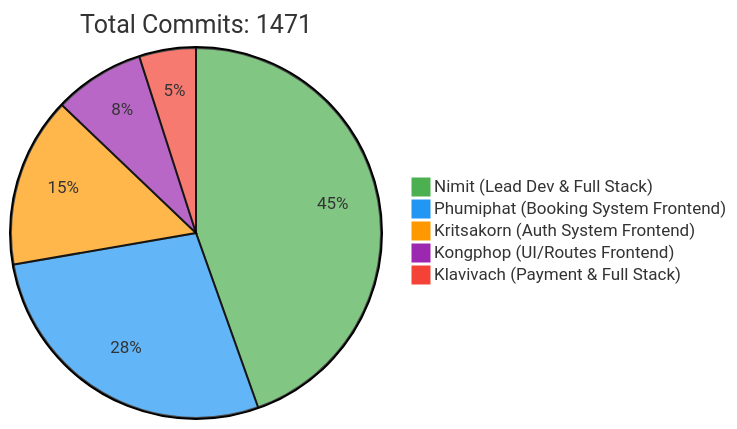
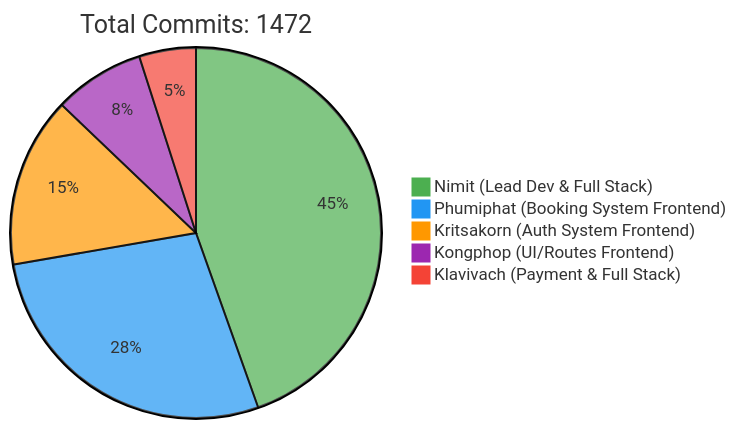
The first of 2 diagrams in README.md (6531503042/Sport-Complex), drawn with Mermaid before and after one commit. The commit also changed other lines of this file, not shown here.

Commit message:
docs: Update contributor statistics [skip ci]

````diff
--- a/README.md
+++ b/README.md
@@ -257,10 +257,10 @@
 ```mermaid
 %%{init: {'theme': 'base', 'themeVariables': { 'pie1': '#4CAF50', 'pie2': '#2196F3', 'pie3': '#FF9800', 'pie4': '#9C27B0', 'pie5': '#F44336'}}}%%
 pie
-    title Total Commits: 1471
+    title Total Commits: 1472
     "Nimit (Lead Dev & Full Stack)" : 450
     "Phumiphat (Booking System Frontend)" : 280
     "Kritsakorn (Auth System Frontend)" : 150
     "Kongphop (UI/Routes Frontend)" : 80
     "Klavivach (Payment & Full Stack)" : 50
 ```
````
